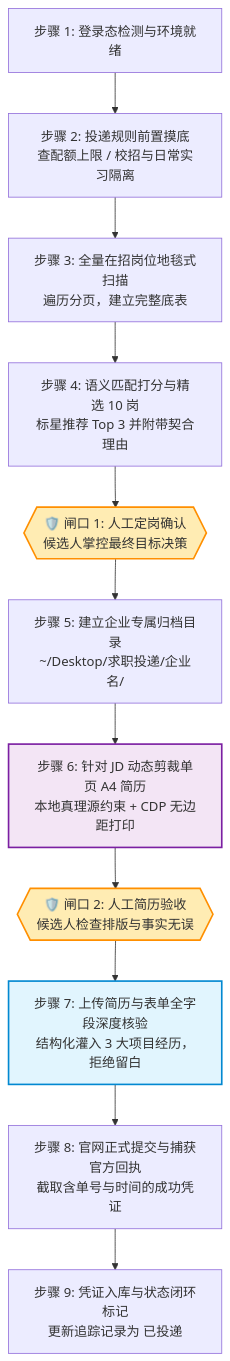
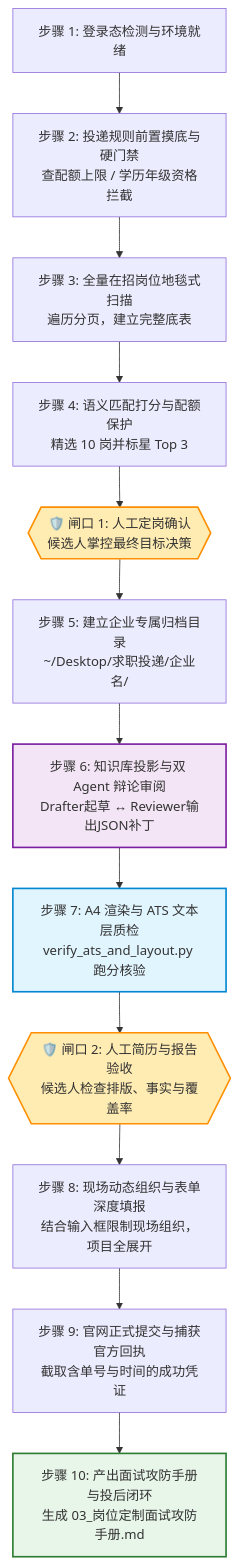
The diagram in README.md (qingcheng66/job-application-pipeline), drawn with Mermaid before and after one commit. The commit also changed other lines of this file and 6 other files, not shown here.

````diff
--- a/README.md
+++ b/README.md
@@ -29,22 +32,24 @@
 ```mermaid
 flowchart TD
-    S1[步骤 1: 登录态检测与环境就绪] --> S2[步骤 2: 投递规则前置摸底<br>查配额上限 / 校招与日常实习隔离]
+    S1[步骤 1: 登录态检测与环境就绪] --> S2[步骤 2: 投递规则前置摸底与硬门禁<br>查配额上限 / 学历年级资格拦截]
     S2 --> S3[步骤 3: 全量在招岗位地毯式扫描<br>遍历分页，建立完整底表]
-    S3 --> S4[步骤 4: 语义匹配打分与精选 10 岗<br>标星推荐 Top 3 并附带契合理由]
+    S3 --> S4[步骤 4: 语义匹配打分与配额保护<br>精选 10 岗并标星 Top 3]
     
     S4 --> Gate1{{🛡️ 闸口 1: 人工定岗确认<br>候选人掌控最终目标决策}}
     
     Gate1 --> S5[步骤 5: 建立企业专属归档目录<br>~/Desktop/求职投递/企业名/]
-    S5 --> S6[步骤 6: 针对 JD 动态剪裁单页 A4 简历<br>本地真理源约束 + CDP 无边距打印]
+    S5 --> S6[步骤 6: 知识库投影与双 Agent 辩论审阅<br>Drafter起草 ↔ Reviewer输出JSON补丁]
+    S6 --> S7[步骤 7: A4 渲染与 ATS 文本层质检<br>verify_ats_and_layout.py 跑分核验]
     
-    S6 --> Gate2{{🛡️ 闸口 2: 人工简历验收<br>候选人检查排版与事实无误}}
+    S7 --> Gate2{{🛡️ 闸口 2: 人工简历与报告验收<br>候选人检查排版、事实与覆盖率}}
     
-    Gate2 --> S7[步骤 7: 上传简历与表单全字段深度核验<br>结构化灌入 3 大项目经历，拒绝留白]
-    S7 --> S8[步骤 8: 官网正式提交与捕获官方回执<br>截取含单号与时间的成功凭证]
-    S8 --> S9[步骤 9: 凭证入库与状态闭环标记<br>更新追踪记录为 已投递]
+    Gate2 --> S8[步骤 8: 现场动态组织与表单深度填报<br>结合输入框限制现场组织，项目全展开]
+    S8 --> S9[步骤 9: 官网正式提交与捕获官方回执<br>截取含单号与时间的成功凭证]
+    S9 --> S10[步骤 10: 产出面试攻防手册与投后闭环<br>生成 03_岗位定制面试攻防手册.md]
 
     style Gate1 fill:#ffecb3,stroke:#ff8f00,stroke-width:2px
     style Gate2 fill:#ffecb3,stroke:#ff8f00,stroke-width:2px
     style S7 fill:#e1f5fe,stroke:#0288d1,stroke-width:2px
     style S6 fill:#f3e5f5,stroke:#7b1fa2,stroke-width:2px
+    style S10 fill:#e8f5e9,stroke:#2e7d32,stroke-width:2px
 ```
````
